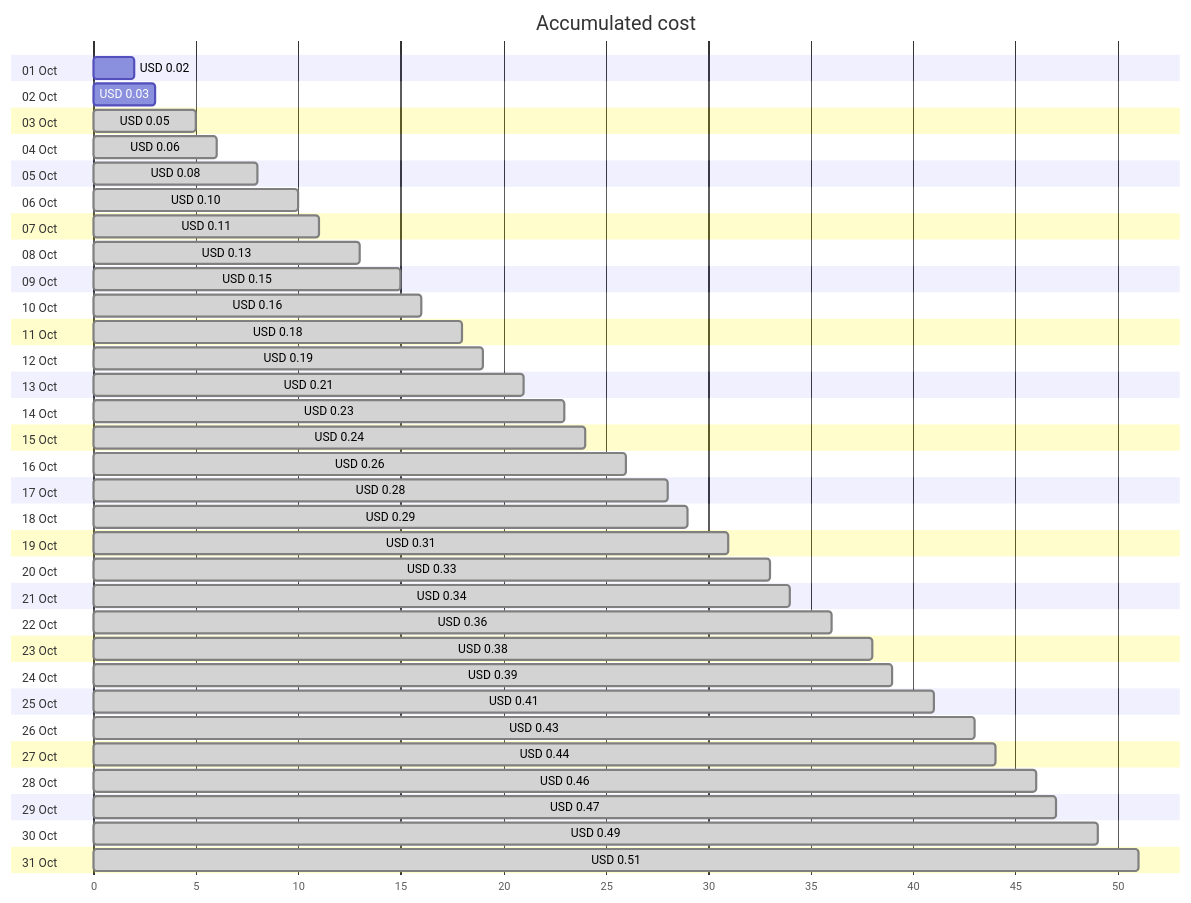
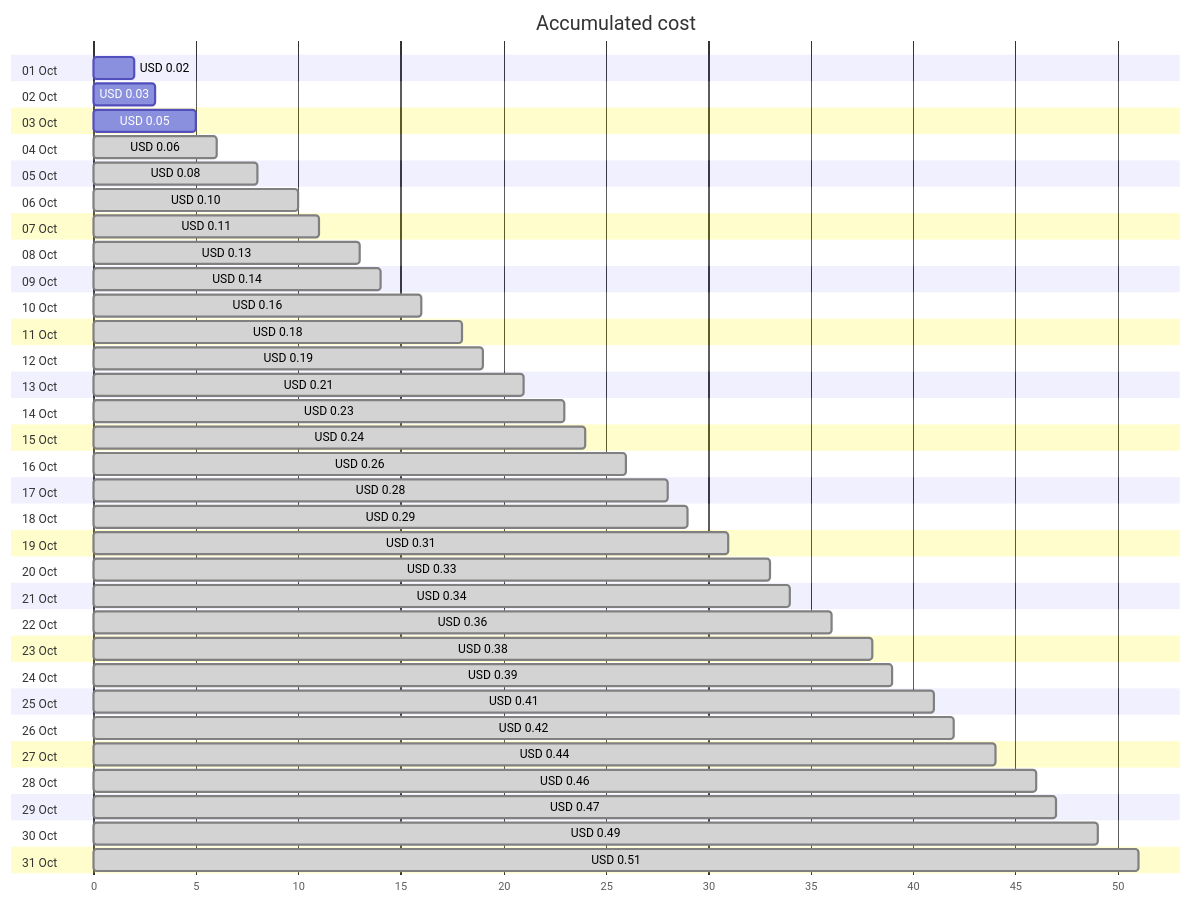
The first of 4 diagrams in cost-reports/personal-dns/jpatrickfulton.dev.md (jpfulton/azure-personal-reports), drawn with Mermaid before and after one commit. The commit also changed other lines of this file and 2 other files, not shown here.

````diff
--- a/cost-reports/personal-dns/jpatrickfulton.dev.md
+++ b/cost-reports/personal-dns/jpatrickfulton.dev.md
@@ -20,68 +20,68 @@
 ```mermaid
 gantt
    title Accumulated cost
    dateFormat  X
    axisFormat %s
    section 01 Oct
    USD 0.02 :0, 2
    section 02 Oct
    USD 0.03 :0, 3
    section 03 Oct
-   USD 0.05 : done, 0, 5
+   USD 0.05 :0, 5
    section 04 Oct
    USD 0.06 : done, 0, 6
    section 05 Oct
    USD 0.08 : done, 0, 8
    section 06 Oct
    USD 0.10 : done, 0, 10
    section 07 Oct
    USD 0.11 : done, 0, 11
    section 08 Oct
    USD 0.13 : done, 0, 13
    section 09 Oct
-   USD 0.15 : done, 0, 15
+   USD 0.14 : done, 0, 14
    section 10 Oct
    USD 0.16 : done, 0, 16
    section 11 Oct
    USD 0.18 : done, 0, 18
    section 12 Oct
    USD 0.19 : done, 0, 19
    section 13 Oct
    USD 0.21 : done, 0, 21
    section 14 Oct
    USD 0.23 : done, 0, 23
    section 15 Oct
    USD 0.24 : done, 0, 24
    section 16 Oct
    USD 0.26 : done, 0, 26
    section 17 Oct
    USD 0.28 : done, 0, 28
    section 18 Oct
    USD 0.29 : done, 0, 29
    section 19 Oct
    USD 0.31 : done, 0, 31
    section 20 Oct
    USD 0.33 : done, 0, 33
    section 21 Oct
    USD 0.34 : done, 0, 34
    section 22 Oct
    USD 0.36 : done, 0, 36
    section 23 Oct
    USD 0.38 : done, 0, 38
    section 24 Oct
    USD 0.39 : done, 0, 39
    section 25 Oct
    USD 0.41 : done, 0, 41
    section 26 Oct
-   USD 0.43 : done, 0, 43
+   USD 0.42 : done, 0, 42
    section 27 Oct
    USD 0.44 : done, 0, 44
    section 28 Oct
    USD 0.46 : done, 0, 46
    section 29 Oct
    USD 0.47 : done, 0, 47
    section 30 Oct
    USD 0.49 : done, 0, 49
    section 31 Oct
    USD 0.51 : done, 0, 51
 ```
````
